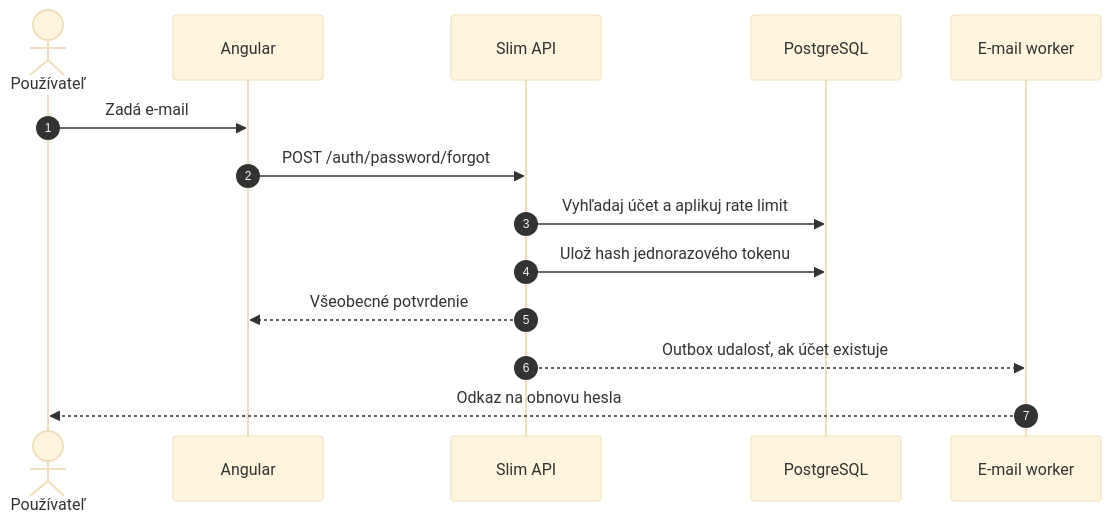
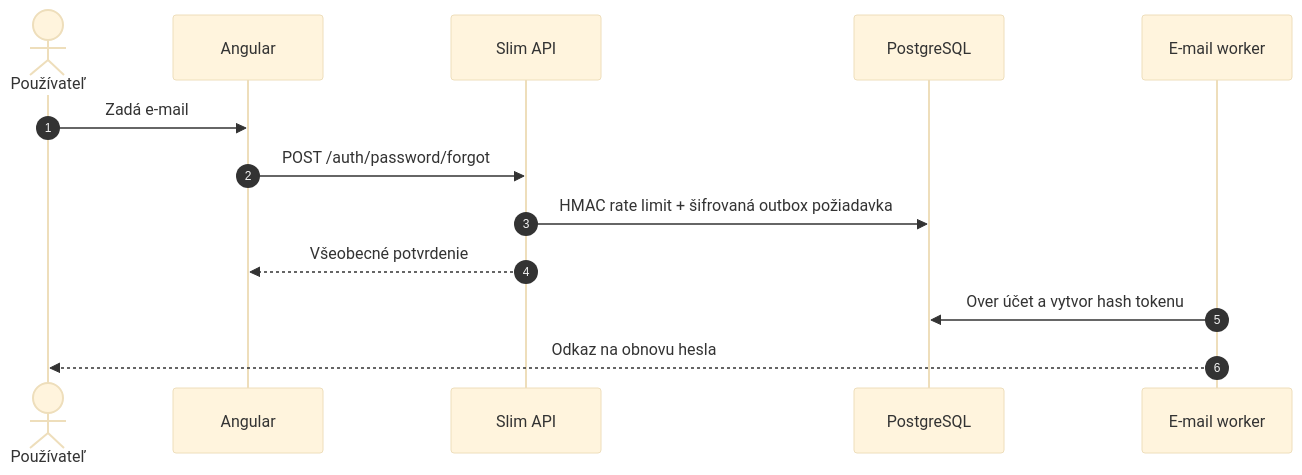
The second of 7 diagrams in docs/webflow/01-AUTENTIFIKACIA-A-ONBOARDING.md (JurajPacolt/sova), drawn with Mermaid (base theme) before and after one commit. The commit also changed other lines of this file and 402 other files, not shown here.

````diff
--- a/docs/webflow/01-AUTENTIFIKACIA-A-ONBOARDING.md
+++ b/docs/webflow/01-AUTENTIFIKACIA-A-ONBOARDING.md
@@ -102,17 +105,16 @@
 ```mermaid
 sequenceDiagram
     autonumber
     actor User as Používateľ
     participant UI as Angular
     participant API as Slim API
     participant DB as PostgreSQL
     participant Mail as E-mail worker
 
     User->>UI: Zadá e-mail
     UI->>API: POST /auth/password/forgot
-    API->>DB: Vyhľadaj účet a aplikuj rate limit
-    API->>DB: Ulož hash jednorazového tokenu
+    API->>DB: HMAC rate limit + šifrovaná outbox požiadavka
     API-->>UI: Všeobecné potvrdenie
-    API-->>Mail: Outbox udalosť, ak účet existuje
+    Mail->>DB: Over účet a vytvor hash tokenu
     Mail-->>User: Odkaz na obnovu hesla
 ```
````
